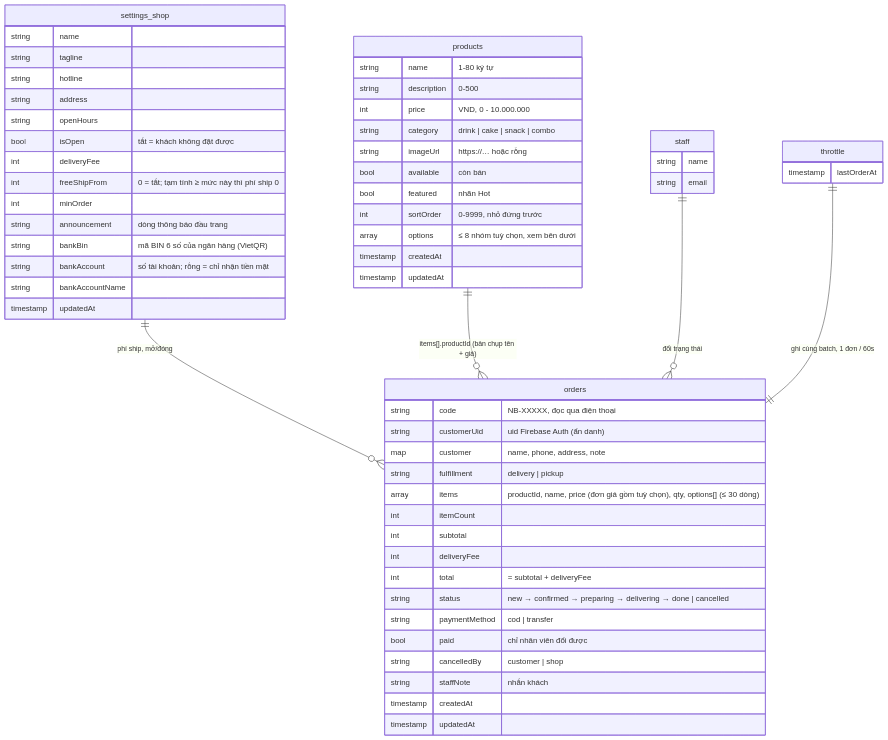
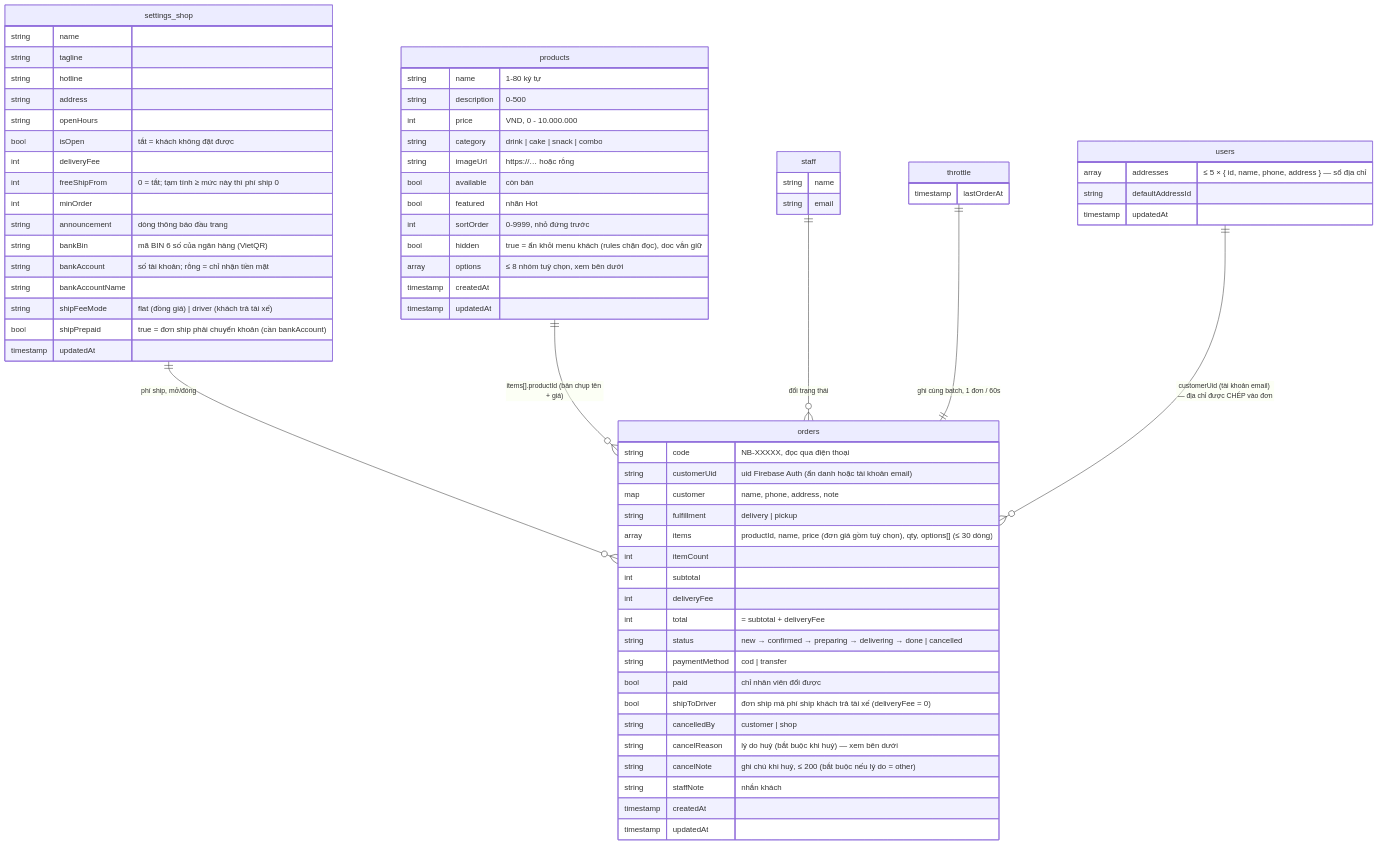
Before and after one commit to Phuc2405/snack-shop: the first of 2 diagrams in docs/DATABASE.md, drawn with Mermaid. The commit also changed other lines of this file and 85 other files, not shown here.

First line of the commit message:
Option 2: tài khoản email, sổ địa chỉ, quản lý món/đơn, lý do huỷ, menu kiểu GrabFood

````diff
--- a/docs/DATABASE.md
+++ b/docs/DATABASE.md
@@ -9,62 +9,74 @@
 ```mermaid
 erDiagram
     settings_shop ||--o{ orders : "phí ship, mở/đóng"
     products ||--o{ orders : "items[].productId (bản chụp tên + giá)"
     staff ||--o{ orders : "đổi trạng thái"
     throttle ||--|| orders : "ghi cùng batch, 1 đơn / 60s"
+    users ||--o{ orders : "customerUid (tài khoản email) — địa chỉ được CHÉP vào đơn"
 
     products {
         string name "1-80 ký tự"
         string description "0-500"
         int price "VND, 0 - 10.000.000"
         string category "drink | cake | snack | combo"
         string imageUrl "https://… hoặc rỗng"
         bool available "còn bán"
         bool featured "nhãn Hot"
         int sortOrder "0-9999, nhỏ đứng trước"
+        bool hidden "true = ẩn khỏi menu khách (rules chặn đọc), doc vẫn giữ"
         array options "≤ 8 nhóm tuỳ chọn, xem bên dưới"
         timestamp createdAt
         timestamp updatedAt
     }
     settings_shop {
         string name
         string tagline
         string hotline
         string address
         string openHours
         bool isOpen "tắt = khách không đặt được"
         int deliveryFee
         int freeShipFrom "0 = tắt; tạm tính ≥ mức này thì phí ship 0"
         int minOrder
         string announcement "dòng thông báo đầu trang"
         string bankBin "mã BIN 6 số của ngân hàng (VietQR)"
         string bankAccount "số tài khoản; rỗng = chỉ nhận tiền mặt"
         string bankAccountName
+        string shipFeeMode "flat (đồng giá) | driver (khách trả tài xế)"
+        bool shipPrepaid "true = đơn ship phải chuyển khoản (cần bankAccount)"
         timestamp updatedAt
     }
     orders {
         string code "NB-XXXXX, đọc qua điện thoại"
-        string customerUid "uid Firebase Auth (ẩn danh)"
+        string customerUid "uid Firebase Auth (ẩn danh hoặc tài khoản email)"
         map customer "name, phone, address, note"
         string fulfillment "delivery | pickup"
         array items "productId, name, price (đơn giá gồm tuỳ chọn), qty, options[] (≤ 30 dòng)"
         int itemCount
         int subtotal
         int deliveryFee
         int total "= subtotal + deliveryFee"
         string status "new → confirmed → preparing → delivering → done | cancelled"
         string paymentMethod "cod | transfer"
         bool paid "chỉ nhân viên đổi được"
+        bool shipToDriver "đơn ship mà phí ship khách trả tài xế (deliveryFee = 0)"
         string cancelledBy "customer | shop"
+        string cancelReason "lý do huỷ (bắt buộc khi huỷ) — xem bên dưới"
+        string cancelNote "ghi chú khi huỷ, ≤ 200 (bắt buộc nếu lý do = other)"
         string staffNote "nhắn khách"
         timestamp createdAt
         timestamp updatedAt
     }
     staff {
         string name
         string email
     }
+    users {
+        array addresses "≤ 5 × { id, name, phone, address } — sổ địa chỉ"
+        string defaultAddressId
+        timestamp updatedAt
+    }
     throttle {
         timestamp lastOrderAt
     }
 ```
````
